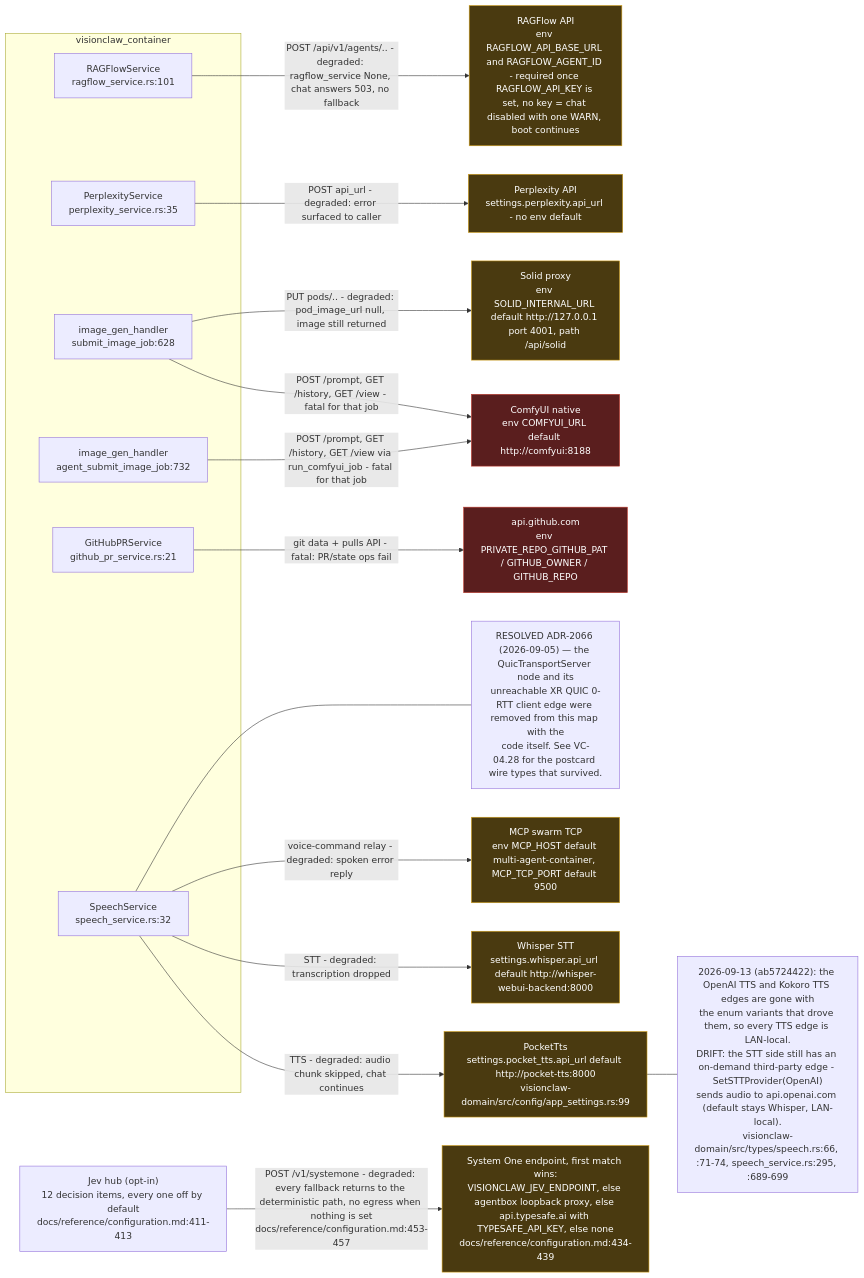
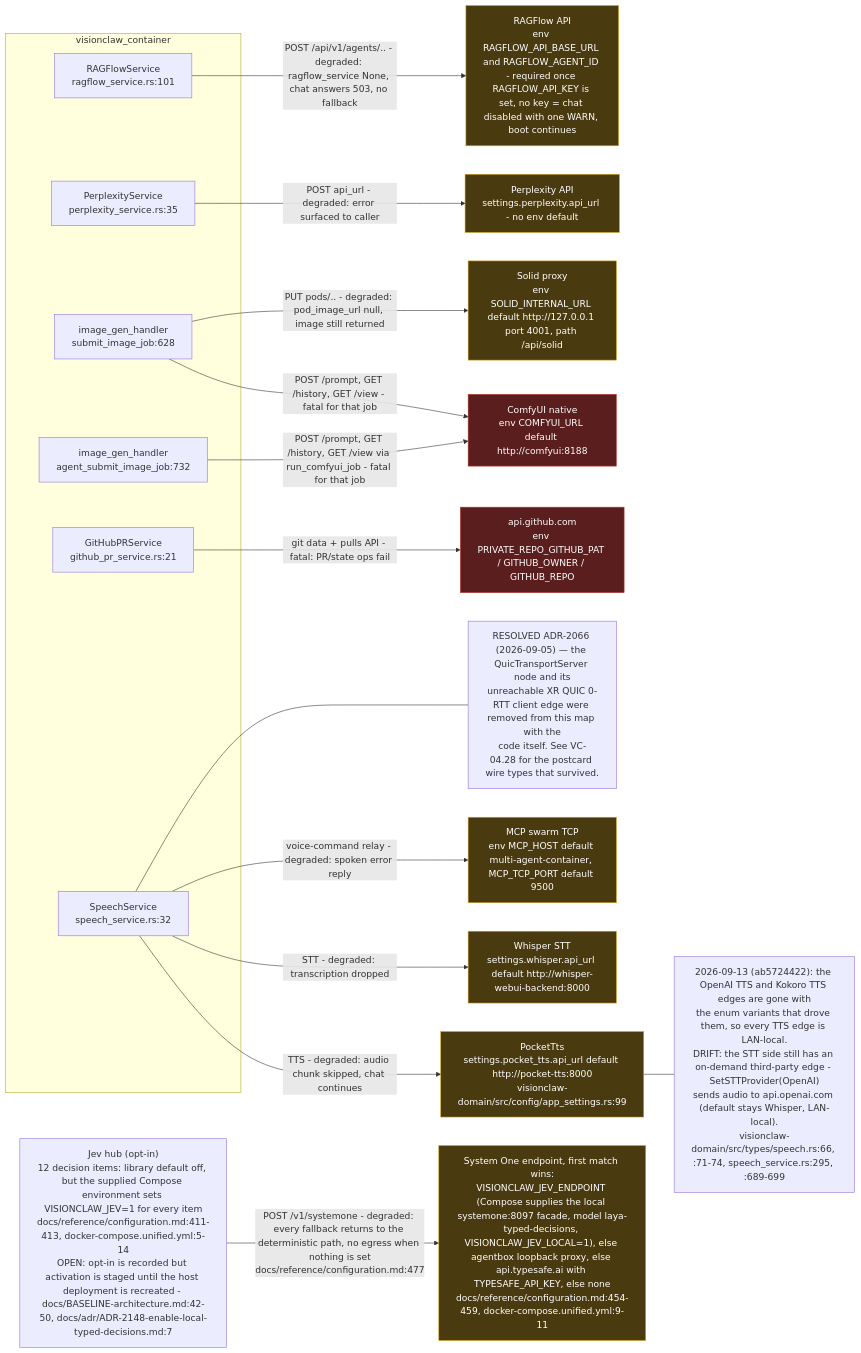
One commit to DreamLab-AI/VisionFlow changed the eighth of 8 diagrams in docs/diagrams/visionclaw/28-external-services.md. Above: the diagram before and after it, drawn with Mermaid. The commit also changed other lines of this file and 145 other files, not shown here.

````diff
--- a/docs/diagrams/visionclaw/28-external-services.md
+++ b/docs/diagrams/visionclaw/28-external-services.md
@@ -377,43 +380,43 @@
 ```mermaid
 flowchart LR
     subgraph app["visionclaw_container"]
         RS["RAGFlowService<br/>ragflow_service.rs:101"]
         PS["PerplexityService<br/>perplexity_service.rs:35"]
         IG["image_gen_handler<br/>submit_image_job:628"]
         AG["image_gen_handler<br/>agent_submit_image_job:732"]
         GH["GitHubPRService<br/>github_pr_service.rs:21"]
         SS["SpeechService<br/>speech_service.rs:32"]
     end
 
     RF["RAGFlow API<br/>env RAGFLOW_API_BASE_URL and RAGFLOW_AGENT_ID - required once RAGFLOW_API_KEY is set, no key = chat disabled with one WARN, boot continues"]
     PX["Perplexity API<br/>settings.perplexity.api_url - no env default"]
     CFU["ComfyUI native<br/>env COMFYUI_URL default http://comfyui:8188"]
     SOL["Solid proxy<br/>env SOLID_INTERNAL_URL default http://127.0.0.1 port 4001, path /api/solid"]
     GHA["api.github.com<br/>env PRIVATE_REPO_GITHUB_PAT / GITHUB_OWNER / GITHUB_REPO"]
     PT["PocketTts<br/>settings.pocket_tts.api_url default http://pocket-tts:8000<br/>visionclaw-domain/src/config/app_settings.rs:99"]
     WHI["Whisper STT<br/>settings.whisper.api_url default http://whisper-webui-backend:8000"]
     MCPS["MCP swarm TCP<br/>env MCP_HOST default multi-agent-container, MCP_TCP_PORT default 9500"]
 
     RS -->|"POST /api/v1/agents/.. - degraded: ragflow_service None, chat answers 503, no fallback"| RF
     PS -->|"POST api_url - degraded: error surfaced to caller"| PX
     IG -->|"POST /prompt, GET /history, GET /view - fatal for that job"| CFU
     AG -->|"POST /prompt, GET /history, GET /view via run_comfyui_job - fatal for that job"| CFU
     IG -->|"PUT pods/.. - degraded: pod_image_url null, image still returned"| SOL
     GH -->|"git data + pulls API - fatal: PR/state ops fail"| GHA
     SS -->|"TTS - degraded: audio chunk skipped, chat continues"| PT
     SS -->|"STT - degraded: transcription dropped"| WHI
     SS -->|"voice-command relay - degraded: spoken error reply"| MCPS
-    JV["Jev hub (opt-in)<br/>12 decision items, every one off by default<br/>docs/reference/configuration.md:411-413"]
-    JEP["System One endpoint, first match wins:<br/>VISIONCLAW_JEV_ENDPOINT, else agentbox loopback proxy, else api.typesafe.ai with TYPESAFE_API_KEY, else none<br/>docs/reference/configuration.md:434-439"]
-    JV -->|"POST /v1/systemone - degraded: every fallback returns to the deterministic path, no egress when nothing is set<br/>docs/reference/configuration.md:453-457"| JEP
+    JV["Jev hub (opt-in)<br/>12 decision items: library default off, but the supplied Compose environment sets VISIONCLAW_JEV=1 for every item<br/>docs/reference/configuration.md:411-413, docker-compose.unified.yml:5-14<br/>OPEN: opt-in is recorded but activation is staged until the host deployment is recreated - docs/BASELINE-architecture.md:42-50, docs/adr/ADR-2148-enable-local-typed-decisions.md:7"]
+    JEP["System One endpoint, first match wins:<br/>VISIONCLAW_JEV_ENDPOINT (Compose supplies the local systemone:8097 facade, model laya-typed-decisions, VISIONCLAW_JEV_LOCAL=1), else agentbox loopback proxy, else api.typesafe.ai with TYPESAFE_API_KEY, else none<br/>docs/reference/configuration.md:454-459, docker-compose.unified.yml:9-11"]
+    JV -->|"POST /v1/systemone - degraded: every fallback returns to the deterministic path, no egress when nothing is set<br/>docs/reference/configuration.md:477"| JEP
 
     N1["RESOLVED ADR-2066 (2026-09-05) — the QuicTransportServer node and its<br/>unreachable XR QUIC 0-RTT client edge were removed from this map with the<br/>code itself. See VC-04.28 for the postcard wire types that survived."]
     SS --- N1
     N2["2026-09-13 (ab5724422): the OpenAI TTS and Kokoro TTS edges are gone with<br/>the enum variants that drove them, so every TTS edge is LAN-local.<br/>DRIFT: the STT side still has an on-demand third-party edge - SetSTTProvider(OpenAI)<br/>sends audio to api.openai.com (default stays Whisper, LAN-local).<br/>visionclaw-domain/src/types/speech.rs:66, :71-74, speech_service.rs:295, :689-699"]
     PT --- N2
 
     classDef fatal fill:#5a1e1e,stroke:#c0392b,color:#fff
     classDef degraded fill:#4a3a10,stroke:#d4a017,color:#fff
     class GHA,CFU fatal
     class RF,PX,SOL,PT,WHI,MCPS,JEP degraded
 ```
````
